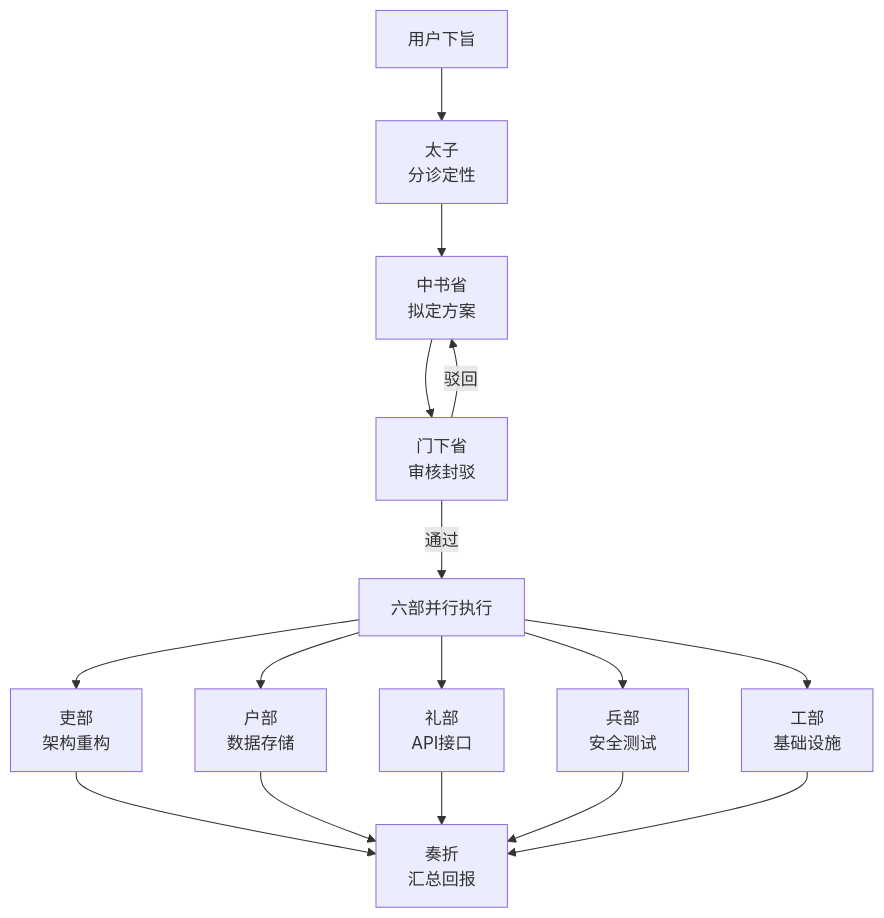
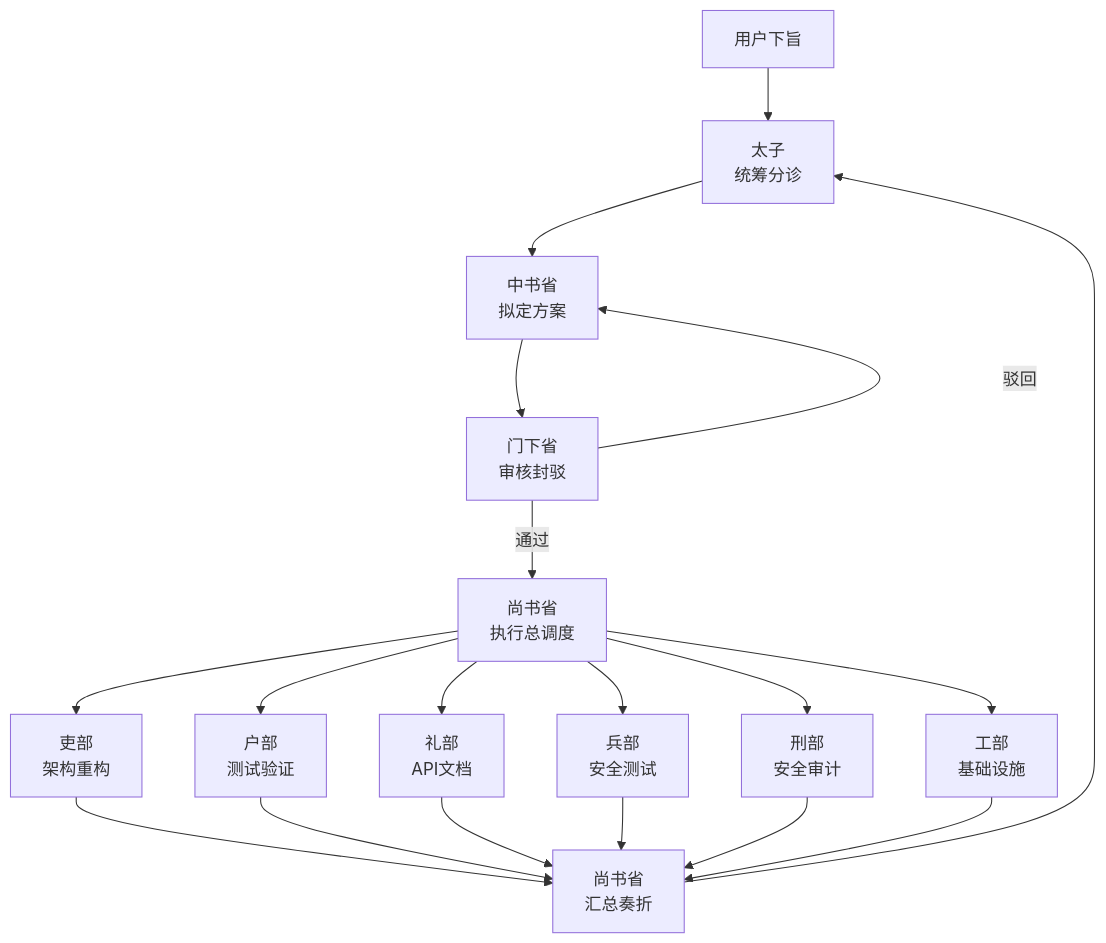
Before and after one commit to sjzsdu/Emperor: the diagram in README.md, drawn with Mermaid. The commit also changed other lines of this file and 9 other files, not shown here.

First line of the commit message:
feat: add shangshu (尚书省) as execution coordinator, rewrite all agent prompts

````diff
--- a/README.md
+++ b/README.md
@@ -7,18 +7,21 @@
 ```mermaid
 graph TD
-    User["用户下旨"] --> Taizi["太子<br/>分诊定性"]
+    User["用户下旨"] --> Taizi["太子<br/>统筹分诊"]
     Taizi --> Zhongshu["中书省<br/>拟定方案"]
     Zhongshu --> Menxia["门下省<br/>审核封驳"]
     Menxia -->|驳回| Zhongshu
-    Menxia -->|通过| Dispatch["六部并行执行"]
-    Dispatch --> Libu["吏部<br/>架构重构"]
-    Dispatch --> Hubu["户部<br/>数据存储"]
-    Dispatch --> Libu2["礼部<br/>API接口"]
-    Dispatch --> Bingbu["兵部<br/>安全测试"]
-    Dispatch --> Gongbu["工部<br/>基础设施"]
-    Libu --> Memorial["奏折<br/>汇总回报"]
+    Menxia -->|通过| Shangshu["尚书省<br/>执行总调度"]
+    Shangshu --> Libu["吏部<br/>架构重构"]
+    Shangshu --> Hubu["户部<br/>测试验证"]
+    Shangshu --> Libu2["礼部<br/>API文档"]
+    Shangshu --> Bingbu["兵部<br/>安全测试"]
+    Shangshu --> Xingbu["刑部<br/>安全审计"]
+    Shangshu --> Gongbu["工部<br/>基础设施"]
+    Libu --> Memorial["尚书省<br/>汇总奏折"]
     Hubu --> Memorial
     Libu2 --> Memorial
     Bingbu --> Memorial
+    Xingbu --> Memorial
     Gongbu --> Memorial
+    Memorial --> Taizi
 ```
````
